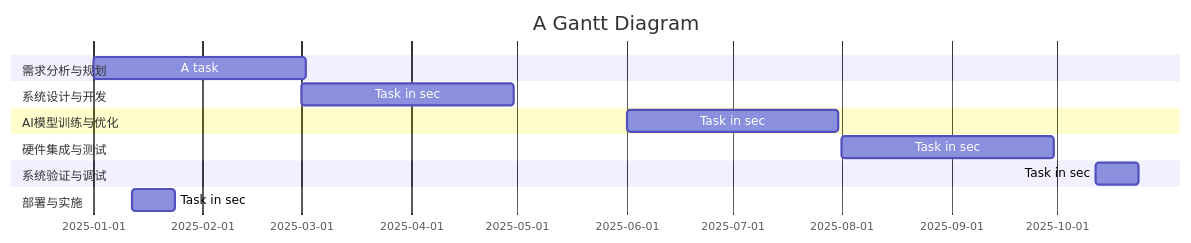
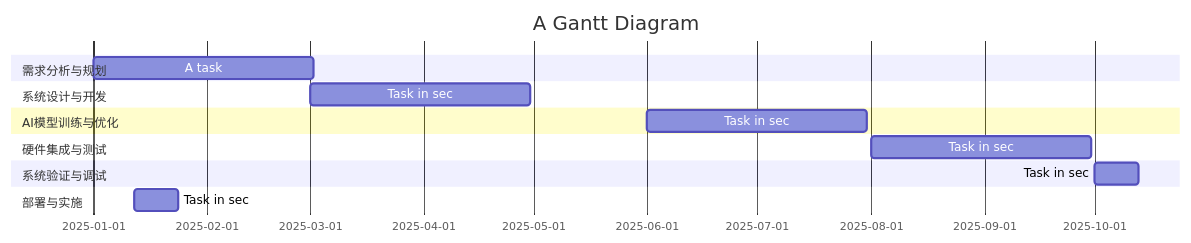
The diagram in all/代码甘特图.md (libobo6/iodraw-files), drawn with Mermaid before and after one commit.

Commit message:
2025-01-14 10:56:29 update

````diff
--- a/all/代码甘特图.md
+++ b/all/代码甘特图.md
@@ -1,17 +1,17 @@
 ```mermaid
 gantt
     title A Gantt Diagram
     dateFormat  YYYY-MM-DD
     section 需求分析与规划
     A task           :2025-01-01, 60d
     section 系统设计与开发
     Task in sec      :2025-03-01, 60d
     section AI模型训练与优化
     Task in sec      :2025-06-01  , 60d
     section 硬件集成与测试
     Task in sec      :2025-08-01  , 60d
     section 系统验证与调试
-    Task in sec      :2025-10-12  , 12d
+    Task in sec      :2025-10-01  , 12d
     section 部署与实施
     Task in sec      :2025-01-12  , 12d
 ```
````
